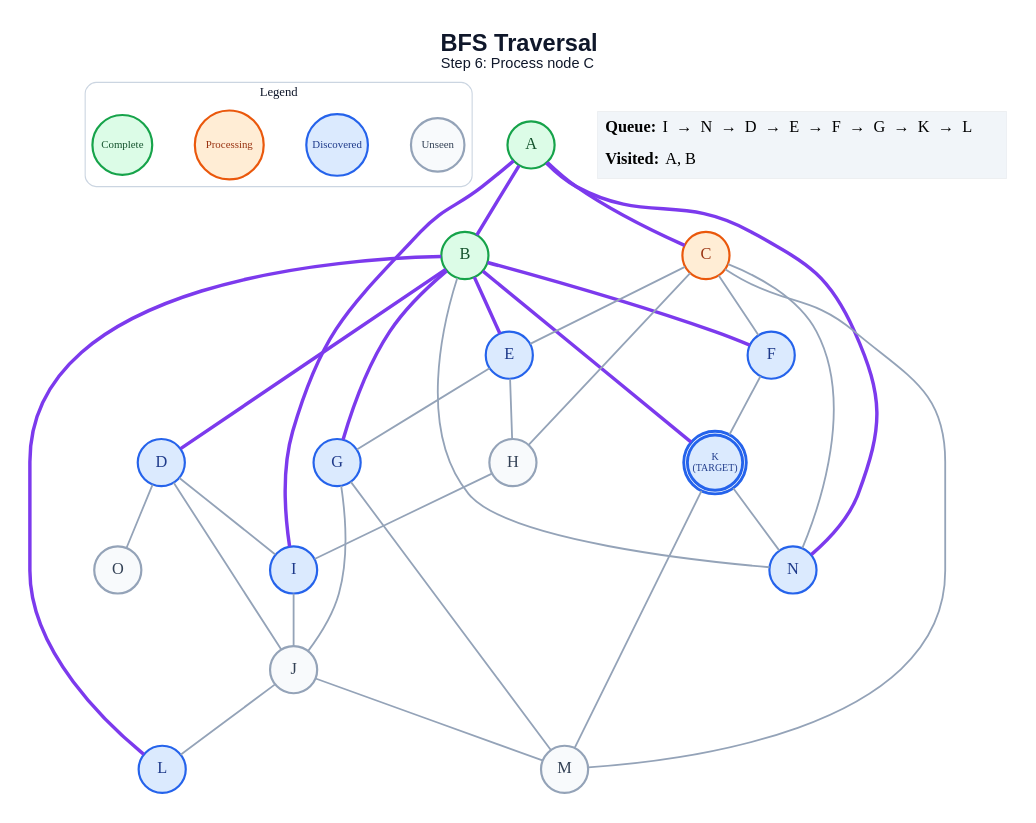
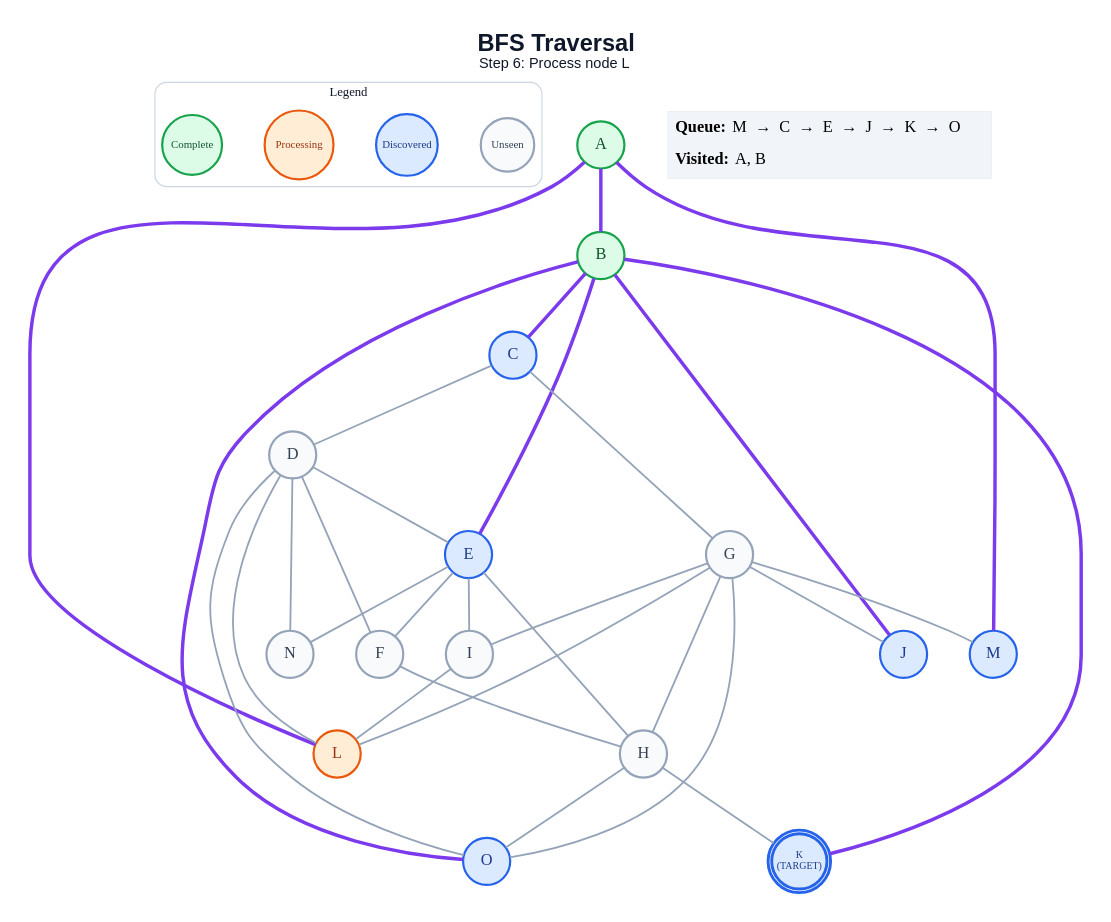
The diagram in generated/specific-node/bfs/step_06.dot (anon7238593-create/ai-slop), drawn with Graphviz before and after one commit. The commit also changed 229 other files, not shown here.

```diff
--- a/generated/specific-node/bfs/step_06.dot
+++ b/generated/specific-node/bfs/step_06.dot
@@ -1,64 +1,63 @@
 graph traversal {
   graph [layout=dot, rankdir=TB, bgcolor="#FFFFFF", pad="0.35", nodesep="0.65", ranksep="0.8", fontname="Arial"];
   node [shape=circle, style="filled", fontname="Arial Bold", fontsize=18, width=0.72, fixedsize=true, penwidth=2.4];
   edge [color="#94A3B8", penwidth=2.0];
-  label=<<B>BFS Traversal</B><BR/><FONT POINT-SIZE="16">Step 6: Process node C</FONT>>; labelloc="t"; fontsize=26; fontname="Arial"; fontcolor="#0F172A";
+  label=<<B>BFS Traversal</B><BR/><FONT POINT-SIZE="16">Step 6: Process node L</FONT>>; labelloc="t"; fontsize=26; fontname="Arial"; fontcolor="#0F172A";
   subgraph cluster_legend { label="Legend"; color="#CBD5E1"; penwidth=1.2; style="rounded"; fontsize=14; fontname="Arial Bold";
     key_unseen [label="Unseen", fillcolor="#F8FAFC", color="#94A3B8", fontcolor="#334155", fontsize=12, width=0.82];
     key_frontier [label="Discovered", fillcolor="#DBEAFE", color="#2563EB", fontcolor="#1E3A8A", fontsize=12, width=0.95];
     key_current [label="Processing", fillcolor="#FFEDD5", color="#EA580C", fontcolor="#9A3412", fontsize=12, width=1.05];
     key_done [label="Complete", fillcolor="#DCFCE7", color="#16A34A", fontcolor="#14532D", fontsize=12, width=0.92];
     { rank=same; key_unseen; key_frontier; key_current; key_done; }
   }
   A [label="A", fillcolor="#DCFCE7", color="#16A34A", fontcolor="#14532D", peripheries=1, penwidth=2.4];
   B [label="B", fillcolor="#DCFCE7", color="#16A34A", fontcolor="#14532D", peripheries=1, penwidth=2.4];
-  C [label="C", fillcolor="#FFEDD5", color="#EA580C", fontcolor="#9A3412", peripheries=1, penwidth=2.4];
-  D [label="D", fillcolor="#DBEAFE", color="#2563EB", fontcolor="#1E3A8A", peripheries=1, penwidth=2.4];
+  C [label="C", fillcolor="#DBEAFE", color="#2563EB", fontcolor="#1E3A8A", peripheries=1, penwidth=2.4];
+  D [label="D", fillcolor="#F8FAFC", color="#94A3B8", fontcolor="#334155", peripheries=1, penwidth=2.4];
   E [label="E", fillcolor="#DBEAFE", color="#2563EB", fontcolor="#1E3A8A", peripheries=1, penwidth=2.4];
-  F [label="F", fillcolor="#DBEAFE", color="#2563EB", fontcolor="#1E3A8A", peripheries=1, penwidth=2.4];
-  G [label="G", fillcolor="#DBEAFE", color="#2563EB", fontcolor="#1E3A8A", peripheries=1, penwidth=2.4];
+  F [label="F", fillcolor="#F8FAFC", color="#94A3B8", fontcolor="#334155", peripheries=1, penwidth=2.4];
+  G [label="G", fillcolor="#F8FAFC", color="#94A3B8", fontcolor="#334155", peripheries=1, penwidth=2.4];
   H [label="H", fillcolor="#F8FAFC", color="#94A3B8", fontcolor="#334155", peripheries=1, penwidth=2.4];
-  I [label="I", fillcolor="#DBEAFE", color="#2563EB", fontcolor="#1E3A8A", peripheries=1, penwidth=2.4];
-  J [label="J", fillcolor="#F8FAFC", color="#94A3B8", fontcolor="#334155", peripheries=1, penwidth=2.4];
+  I [label="I", fillcolor="#F8FAFC", color="#94A3B8", fontcolor="#334155", peripheries=1, penwidth=2.4];
+  J [label="J", fillcolor="#DBEAFE", color="#2563EB", fontcolor="#1E3A8A", peripheries=1, penwidth=2.4];
   K [label="K\n(TARGET)", fillcolor="#DBEAFE", color="#2563EB", fontcolor="#1E3A8A", peripheries=2, penwidth=3.2, fontsize=11, width=0.85, height=0.85];
-  L [label="L", fillcolor="#DBEAFE", color="#2563EB", fontcolor="#1E3A8A", peripheries=1, penwidth=2.4];
-  M [label="M", fillcolor="#F8FAFC", color="#94A3B8", fontcolor="#334155", peripheries=1, penwidth=2.4];
-  N [label="N", fillcolor="#DBEAFE", color="#2563EB", fontcolor="#1E3A8A", peripheries=1, penwidth=2.4];
-  O [label="O", fillcolor="#F8FAFC", color="#94A3B8", fontcolor="#334155", peripheries=1, penwidth=2.4];
+  L [label="L", fillcolor="#FFEDD5", color="#EA580C", fontcolor="#9A3412", peripheries=1, penwidth=2.4];
+  M [label="M", fillcolor="#DBEAFE", color="#2563EB", fontcolor="#1E3A8A", peripheries=1, penwidth=2.4];
+  N [label="N", fillcolor="#F8FAFC", color="#94A3B8", fontcolor="#334155", peripheries=1, penwidth=2.4];
+  O [label="O", fillcolor="#DBEAFE", color="#2563EB", fontcolor="#1E3A8A", peripheries=1, penwidth=2.4];
   A -- B [color="#7C3AED", penwidth=3.8];
-  A -- C [color="#7C3AED", penwidth=3.8];
-  A -- I [color="#7C3AED", penwidth=3.8];
-  A -- N [color="#7C3AED", penwidth=3.8];
-  B -- D [color="#7C3AED", penwidth=3.8];
+  A -- L [color="#7C3AED", penwidth=3.8];
+  A -- M [color="#7C3AED", penwidth=3.8];
+  B -- C [color="#7C3AED", penwidth=3.8];
   B -- E [color="#7C3AED", penwidth=3.8];
-  B -- F [color="#7C3AED", penwidth=3.8];
-  B -- G [color="#7C3AED", penwidth=3.8];
+  B -- J [color="#7C3AED", penwidth=3.8];
   B -- K [color="#7C3AED", penwidth=3.8];
-  B -- L [color="#7C3AED", penwidth=3.8];
-  B -- N;
-  C -- E;
-  C -- F;
-  C -- H;
-  C -- M;
-  C -- N;
-  D -- I;
-  D -- J;
+  B -- O [color="#7C3AED", penwidth=3.8];
+  C -- D;
+  C -- G;
+  D -- E;
+  D -- F;
+  D -- L;
+  D -- N;
   D -- O;
-  E -- G;
+  E -- F;
   E -- H;
-  F -- K;
+  E -- I;
+  E -- N;
+  F -- H;
+  G -- H;
+  G -- I;
   G -- J;
+  G -- L;
   G -- M;
-  H -- I;
-  I -- J;
-  J -- L;
-  J -- M;
-  K -- M;
-  K -- N;
+  G -- O;
+  H -- K;
+  H -- O;
+  I -- L;
   status [shape=plain, fixedsize=false, width=0, height=0, margin=0, label=<
     <TABLE BORDER="0" CELLBORDER="0" CELLPADDING="7" BGCOLOR="#F1F5F9">
-      <TR><TD ALIGN="LEFT"><B>Queue:</B> I  →  N  →  D  →  E  →  F  →  G  →  K  →  L</TD></TR>
+      <TR><TD ALIGN="LEFT"><B>Queue:</B> M  →  C  →  E  →  J  →  K  →  O</TD></TR>
       <TR><TD ALIGN="LEFT"><B>Visited:</B> A, B</TD></TR>
     </TABLE>
   >];
 }
```
